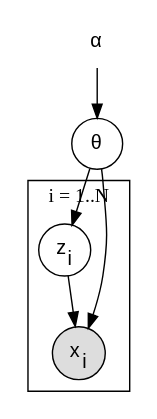
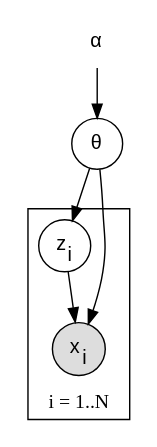
The second of 2 diagrams in academic-diagrams/references/graphviz-patterns.md (hchouTW/agentic-ai-skills), drawn with Graphviz before and after one commit. The commit also changed other lines of this file and 9 other files, not shown here.

First line of the commit message:
academic-diagrams: venue widths, Haiku second sample, and fixes it found

````diff
--- a/academic-diagrams/references/graphviz-patterns.md
+++ b/academic-diagrams/references/graphviz-patterns.md
@@ -36,14 +36,14 @@
 ```dot
 digraph model {
     rankdir=TB; node [fontname="Helvetica"];
     alpha [shape=plaintext, label=<&alpha;>];
     theta [shape=circle,   label=<&theta;>];              // latent parameter
     subgraph cluster_plate {
-        label="i = 1..N"; labeljust=r; style=solid;
+        label="i = 1..N"; labeljust=r; labelloc=b; style=solid;
         z [shape=circle, label=<z<sub>i</sub>>];           // latent
         x [shape=circle, style=filled, fillcolor="#dddddd", label=<x<sub>i</sub>>];  // observed
     }
     alpha -> theta -> z -> x;
     theta -> x;
 }
 ```
````
